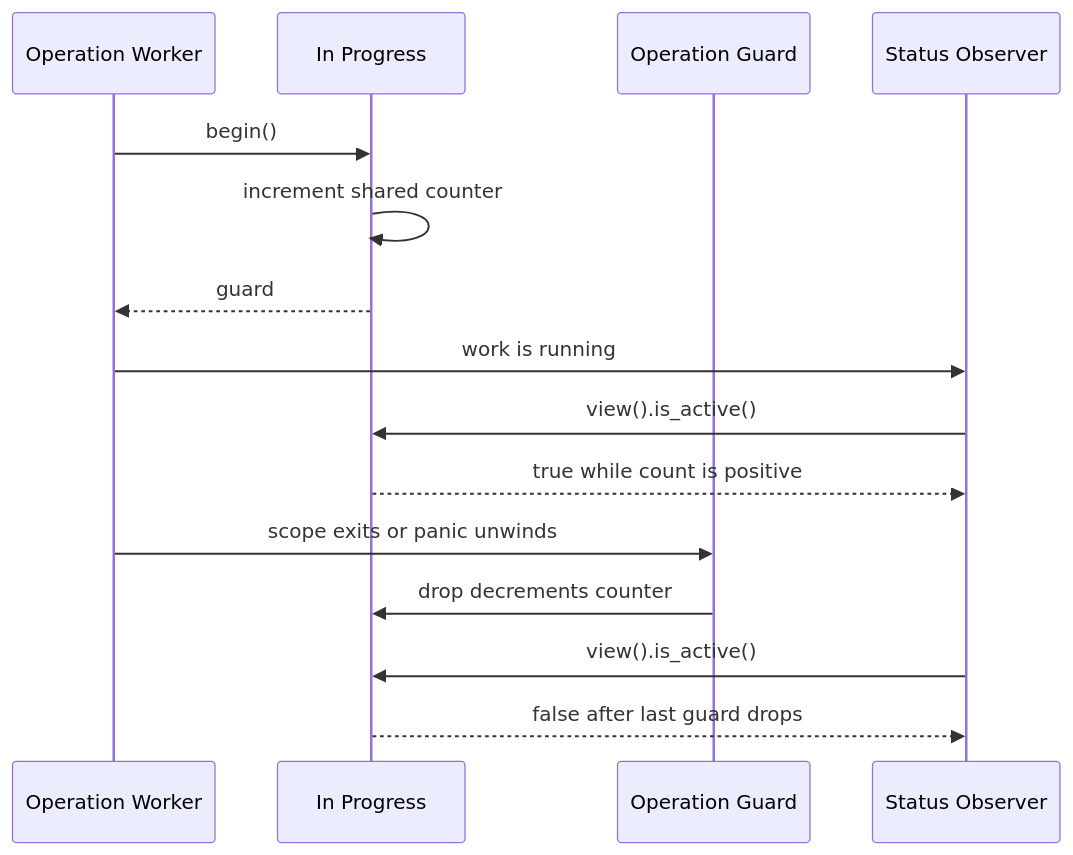
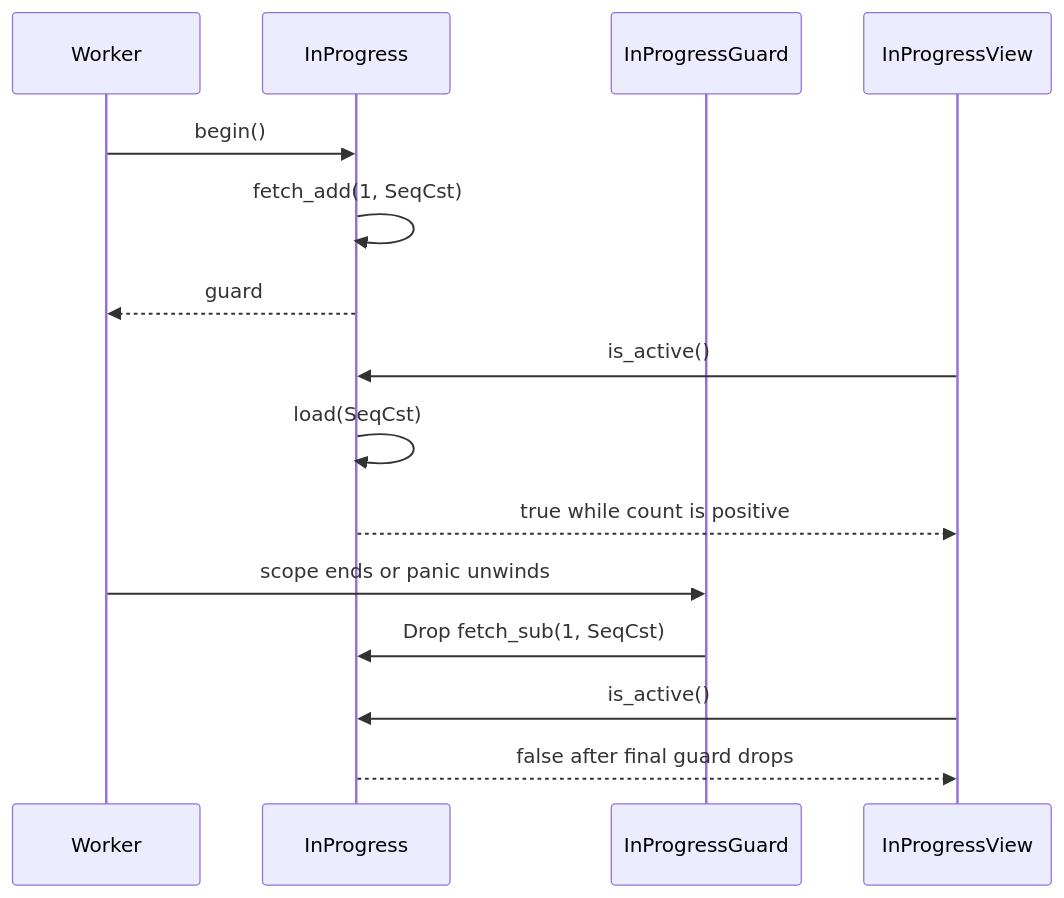
One commit to flamingo-stack/openframe-oss-tenant changed the second of 3 diagrams in docs/reference/architecture/openframe-client-core/utils-in-progress/utils-in-progress.md. Above: the diagram before and after it, drawn with Mermaid. The commit also changed other lines of this file and 2377 other files, not shown here.

````diff
--- a/docs/reference/architecture/openframe-client-core/utils-in-progress/utils-in-progress.md
+++ b/docs/reference/architecture/openframe-client-core/utils-in-progress/utils-in-progress.md
@@ -72,17 +46,17 @@
 ```mermaid
 sequenceDiagram
-    participant Worker as Operation Worker
-    participant Tracker as In Progress
-    participant Guard as Operation Guard
-    participant Observer as Status Observer
-    Worker->>Tracker: begin()
-    Tracker->>Tracker: increment shared counter
-    Tracker-->>Worker: guard
-    Worker->>Observer: work is running
-    Observer->>Tracker: view().is_active()
-    Tracker-->>Observer: true while count is positive
-    Worker->>Guard: scope exits or panic unwinds
-    Guard->>Tracker: drop decrements counter
-    Observer->>Tracker: view().is_active()
-    Tracker-->>Observer: false after last guard drops
+    participant Worker as Worker
+    participant Progress as InProgress
+    participant Guard as InProgressGuard
+    participant Observer as InProgressView
+    Worker->>Progress: begin()
+    Progress->>Progress: fetch_add(1, SeqCst)
+    Progress-->>Worker: guard
+    Observer->>Progress: is_active()
+    Progress->>Progress: load(SeqCst)
+    Progress-->>Observer: true while count is positive
+    Worker->>Guard: scope ends or panic unwinds
+    Guard->>Progress: Drop fetch_sub(1, SeqCst)
+    Observer->>Progress: is_active()
+    Progress-->>Observer: false after final guard drops
 ```
````
